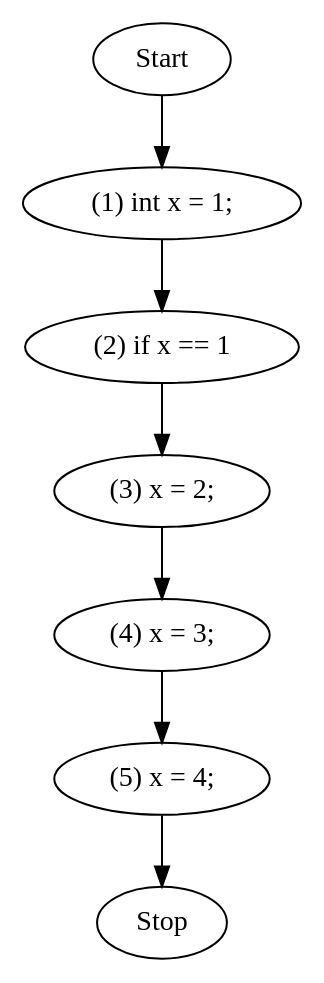
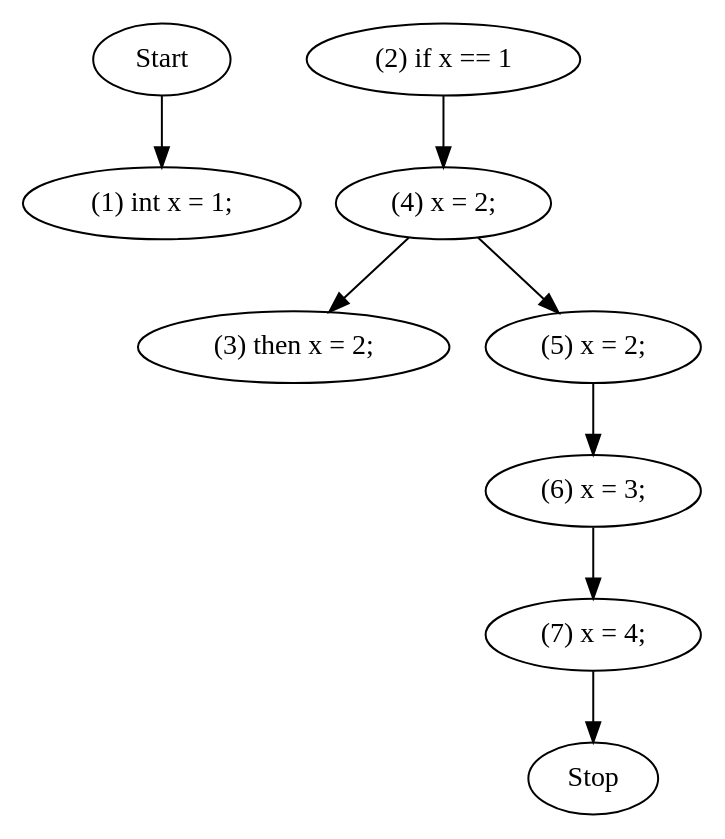
Before and after one commit to Juafeis/ProgramAnalysis: the diagram in dotsource.dot, drawn with Graphviz. The commit also changed 3 other files, not shown here.

```diff
--- a/dotsource.dot
+++ b/dotsource.dot
@@ -1,2 +1,2 @@
 digraph G {
-Start->"(1) int x = 1;";"(1) int x = 1;"->"(2) if x == 1";"(2) if x == 1"->"(3) x = 2;";"(3) x = 2;"->"(4) x = 3;";"(4) x = 3;"->"(5) x = 4;";"(5) x = 4;"-> Stop;}
+Start->"(1) int x = 1;";"(2) if x == 1"->"(4) x = 2;";"(4) x = 2;"->"(3) then x = 2;";"(4) x = 2;"->"(5) x = 2;";"(5) x = 2;"->"(6) x = 3;";"(6) x = 3;"->"(7) x = 4;";"(7) x = 4;"-> Stop;}
```
